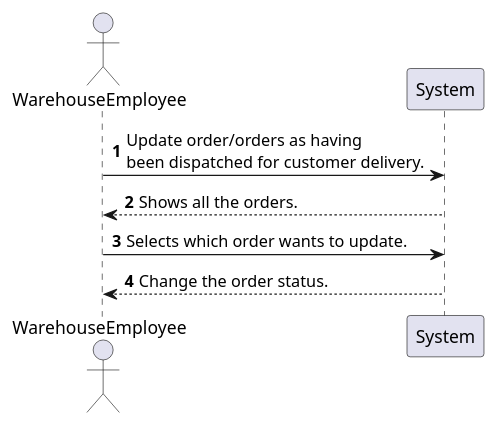
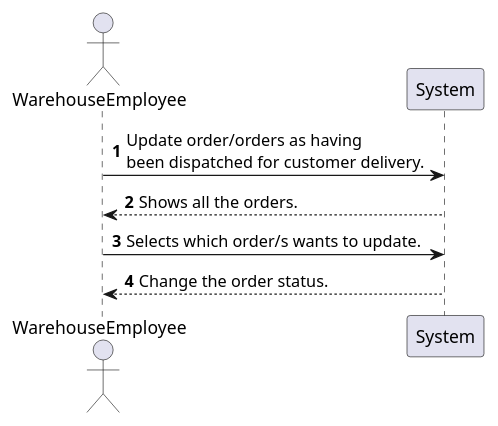
The diagram in eapli.base/docs/1190782/US2004/SSD.puml (LourencoMelo/ISEP-EAPLI), drawn with PlantUML before and after one commit. The commit also changed 9 other files, not shown here.

```diff
--- a/eapli.base/docs/1190782/US2004/SSD.puml
+++ b/eapli.base/docs/1190782/US2004/SSD.puml
@@ -1,14 +1,14 @@
 @startuml
 'https://plantuml.com/sequence-diagram
 
 autonumber
 
 actor WarehouseEmployee
 
 WarehouseEmployee -> System : Update order/orders as having \nbeen dispatched for customer delivery.
 System --> WarehouseEmployee : Shows all the orders.
 
-WarehouseEmployee -> System : Selects which order wants to update.
+WarehouseEmployee -> System : Selects which order/s wants to update.
 System --> WarehouseEmployee : Change the order status.
 
 @enduml
```
